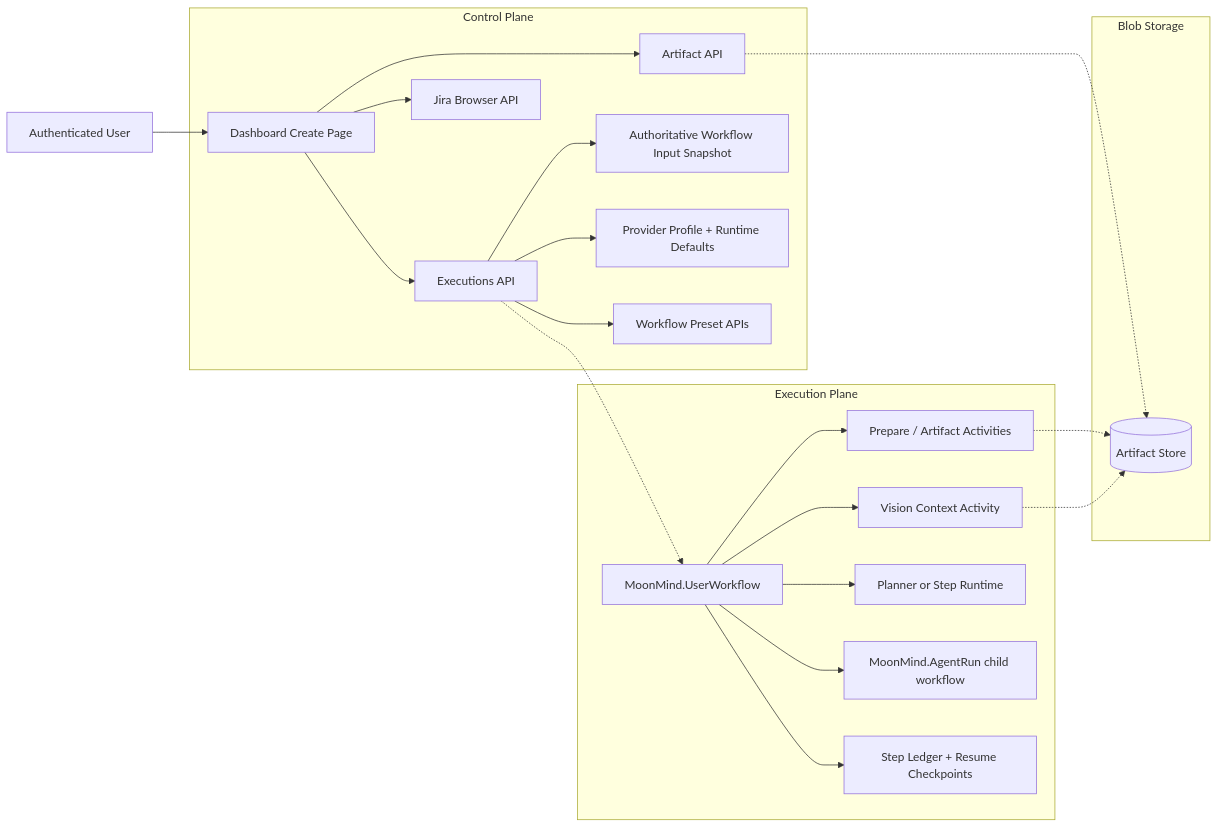
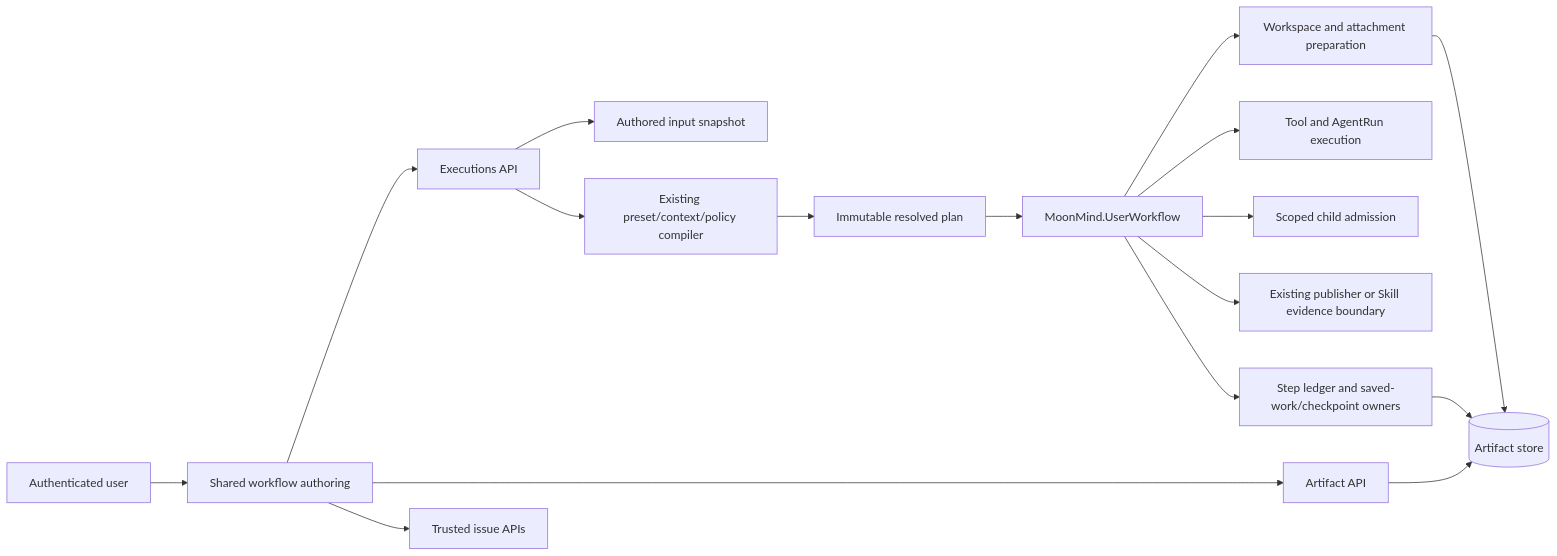
The diagram in docs/Workflows/WorkflowArchitecture.md (MoonLadderStudios/MoonMind), drawn with Mermaid before and after one commit. The commit also changed other lines of this file, not shown here.

Commit message:
docs: establish single-context compilation in the workflow control plane

````diff
--- a/docs/Workflows/WorkflowArchitecture.md
+++ b/docs/Workflows/WorkflowArchitecture.md
@@ -117,28 +62,19 @@
 ```mermaid
 flowchart LR
-    U[Authenticated User] --> UI[Dashboard Create Page]
-
-    subgraph Control Plane
-        UI --> API[Executions API]
-        UI --> ART[Artifact API]
-        UI --> JIRA[Jira Browser API]
-        API --> SNAP[Authoritative Workflow Input Snapshot]
-        API --> PROF[Provider Profile + Runtime Defaults]
-        API --> PRESETS[Workflow Preset APIs]
-    end
-
-    subgraph Execution Plane
-        API -.-> RUN[MoonMind.UserWorkflow]
-        RUN --> PREP[Prepare / Artifact Activities]
-        RUN --> VISION[Vision Context Activity]
-        RUN --> STEP[Planner or Step Runtime]
-        RUN --> CHILD[MoonMind.AgentRun child workflow]
-        RUN --> CKPT[Step Ledger + Resume Checkpoints]
-    end
-
-    subgraph Blob Storage
-        ART -.-> S3[(Artifact Store)]
-        PREP -.-> S3
-        VISION -.-> S3
-    end
+  U[Authenticated user] --> UI[Shared workflow authoring]
+  UI --> API[Executions API]
+  UI --> ART[Artifact API]
+  UI --> ISSUE[Trusted issue APIs]
+  API --> SNAP[Authored input snapshot]
+  API --> COMP[Existing preset/context/policy compiler]
+  COMP --> PLAN[Immutable resolved plan]
+  PLAN --> RUN[MoonMind.UserWorkflow]
+  RUN --> PREP[Workspace and attachment preparation]
+  RUN --> STEP[Tool and AgentRun execution]
+  RUN --> CHILD[Scoped child admission]
+  RUN --> PUB[Existing publisher or Skill evidence boundary]
+  RUN --> SAVE[Step ledger and saved-work/checkpoint owners]
+  ART --> STORE[(Artifact store)]
+  PREP --> STORE
+  SAVE --> STORE
 ```
````
